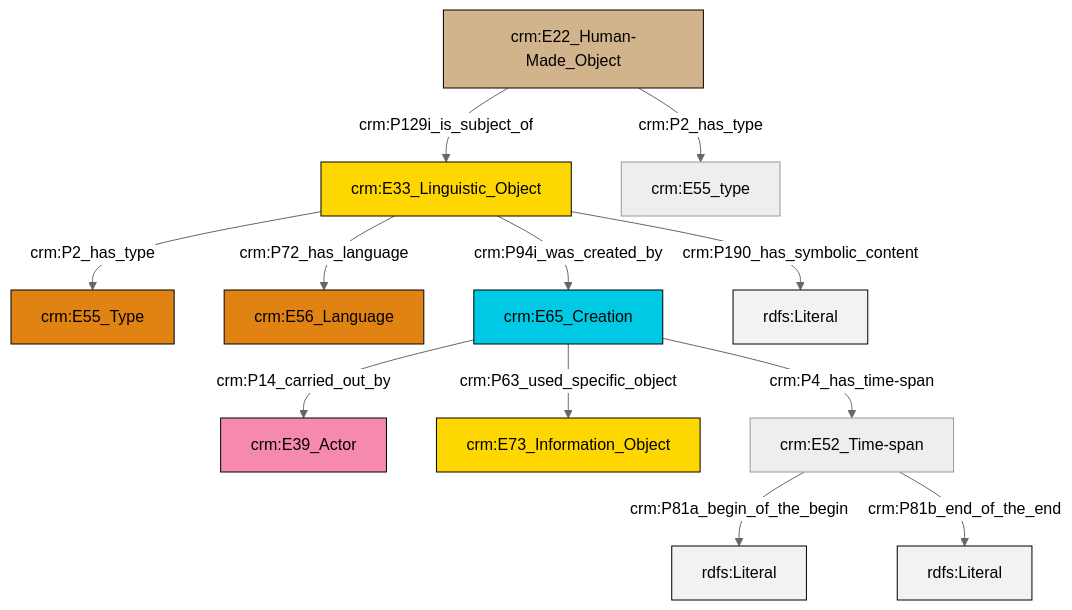
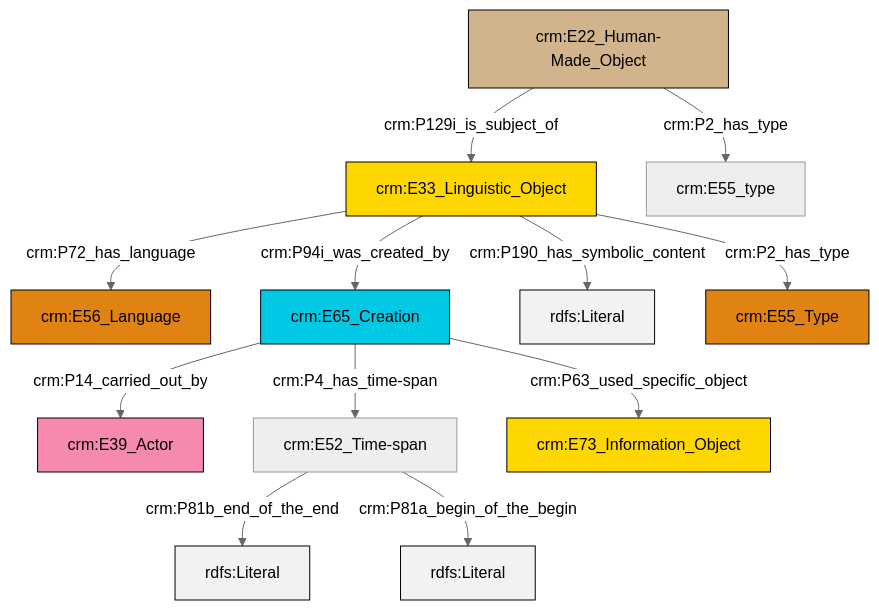
Before and after one commit to swiss-art-research-net/reference-data-models: the diagram in et/artworkCSV/ttl/mmd/Artwork_Description.ttl.mmd, drawn with Mermaid (neutral theme). The commit also changed 126 other files, not shown here.

```diff
--- a/et/artworkCSV/ttl/mmd/Artwork_Description.ttl.mmd
+++ b/et/artworkCSV/ttl/mmd/Artwork_Description.ttl.mmd
@@ -1,26 +1,26 @@
 graph TD
 classDef Literal fill:#f2f2f2,stroke:#000000;
 classDef CRM_Entity fill:#FFFFFF,stroke:#000000;
 classDef Temporal_Entity fill:#00C9E6, stroke:#000000;
 classDef Type fill:#E18312, stroke:#000000;
 classDef Time-Span fill:#2C9C91, stroke:#000000;
 classDef Appellation fill:#FFEB7F, stroke:#000000;
 classDef Place fill:#008836, stroke:#000000;
 classDef Persistent_Item fill:#B266B2, stroke:#000000;
 classDef Conceptual_Object fill:#FFD700, stroke:#000000;
 classDef Physical_Thing fill:#D2B48C, stroke:#000000;
 classDef Actor fill:#f58aad, stroke:#000000;
 classDef PC_Classes fill:#4ce600, stroke:#000000;
 classDef Multi fill:#cccccc,stroke:#000000;
 
-0["crm:E33_Linguistic_Object"]:::Conceptual_Object -->|crm:P2_has_type| 1["crm:E55_Type"]:::Type
-8["crm:E65_Creation"]:::Temporal_Entity -->|crm:P63_used_specific_object| 6["crm:E73_Information_Object"]:::Conceptual_Object
-0["crm:E33_Linguistic_Object"]:::Conceptual_Object -->|crm:P94i_was_created_by| 8["crm:E65_Creation"]:::Temporal_Entity
-0["crm:E33_Linguistic_Object"]:::Conceptual_Object -->|crm:P190_has_symbolic_content| 10[rdfs:Literal]:::Literal
-8["crm:E65_Creation"]:::Temporal_Entity -->|crm:P14_carried_out_by| 4["crm:E39_Actor"]:::Actor
-8["crm:E65_Creation"]:::Temporal_Entity -->|crm:P4_has_time-span| 11["crm:E52_Time-span"]:::Default
-16["crm:E22_Human-Made_Object"]:::Physical_Thing -->|crm:P129i_is_subject_of| 0["crm:E33_Linguistic_Object"]:::Conceptual_Object
-0["crm:E33_Linguistic_Object"]:::Conceptual_Object -->|crm:P72_has_language| 2["crm:E56_Language"]:::Type
-11["crm:E52_Time-span"]:::Default -->|crm:P81a_begin_of_the_begin| 18[rdfs:Literal]:::Literal
-11["crm:E52_Time-span"]:::Default -->|crm:P81b_end_of_the_end| 20[rdfs:Literal]:::Literal
-16["crm:E22_Human-Made_Object"]:::Physical_Thing -->|crm:P2_has_type| 13["crm:E55_type"]:::Default
+2["crm:E33_Linguistic_Object"]:::Conceptual_Object -->|crm:P72_has_language| 0["crm:E56_Language"]:::Type
+5["crm:E22_Human-Made_Object"]:::Physical_Thing -->|crm:P2_has_type| 6["crm:E55_type"]:::Default
+2["crm:E33_Linguistic_Object"]:::Conceptual_Object -->|crm:P94i_was_created_by| 7["crm:E65_Creation"]:::Temporal_Entity
+7["crm:E65_Creation"]:::Temporal_Entity -->|crm:P4_has_time-span| 10["crm:E52_Time-span"]:::Default
+2["crm:E33_Linguistic_Object"]:::Conceptual_Object -->|crm:P190_has_symbolic_content| 12[rdfs:Literal]:::Literal
+10["crm:E52_Time-span"]:::Default -->|crm:P81b_end_of_the_end| 13[rdfs:Literal]:::Literal
+5["crm:E22_Human-Made_Object"]:::Physical_Thing -->|crm:P129i_is_subject_of| 2["crm:E33_Linguistic_Object"]:::Conceptual_Object
+2["crm:E33_Linguistic_Object"]:::Conceptual_Object -->|crm:P2_has_type| 16["crm:E55_Type"]:::Type
+7["crm:E65_Creation"]:::Temporal_Entity -->|crm:P63_used_specific_object| 14["crm:E73_Information_Object"]:::Conceptual_Object
+7["crm:E65_Creation"]:::Temporal_Entity -->|crm:P14_carried_out_by| 3["crm:E39_Actor"]:::Actor
+10["crm:E52_Time-span"]:::Default -->|crm:P81a_begin_of_the_begin| 20[rdfs:Literal]:::Literal
```
